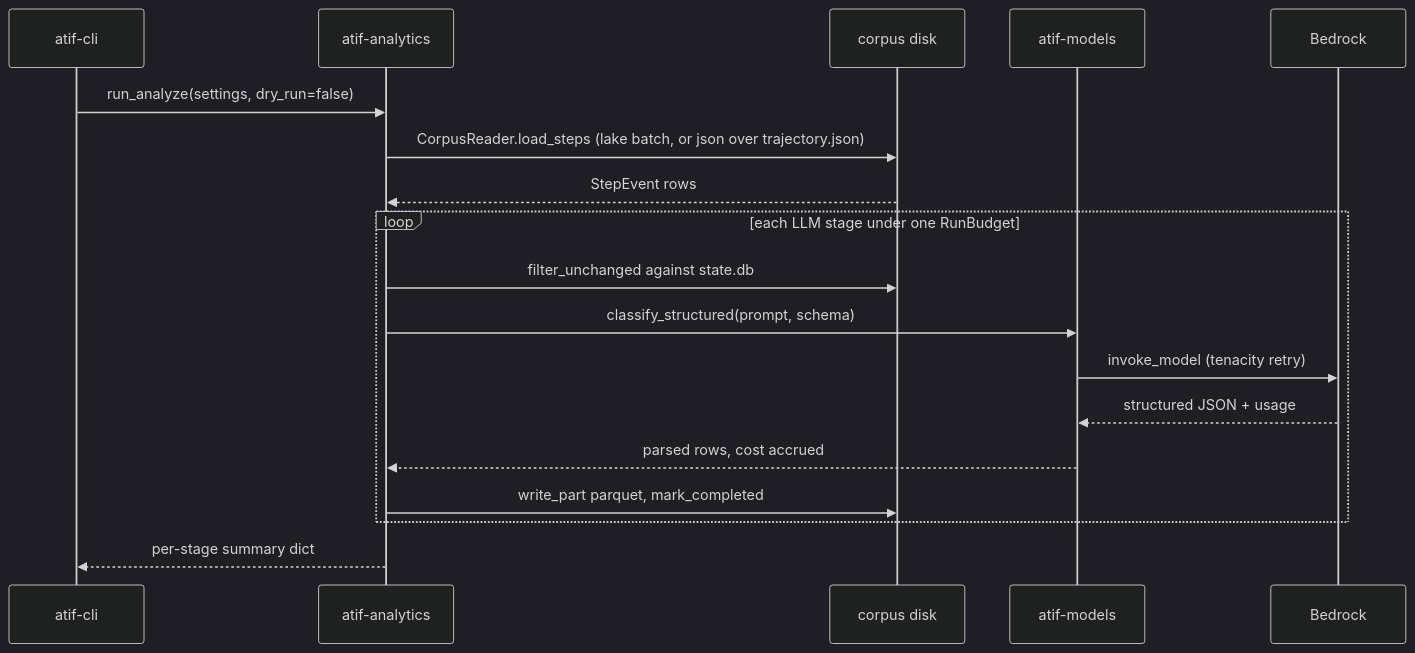
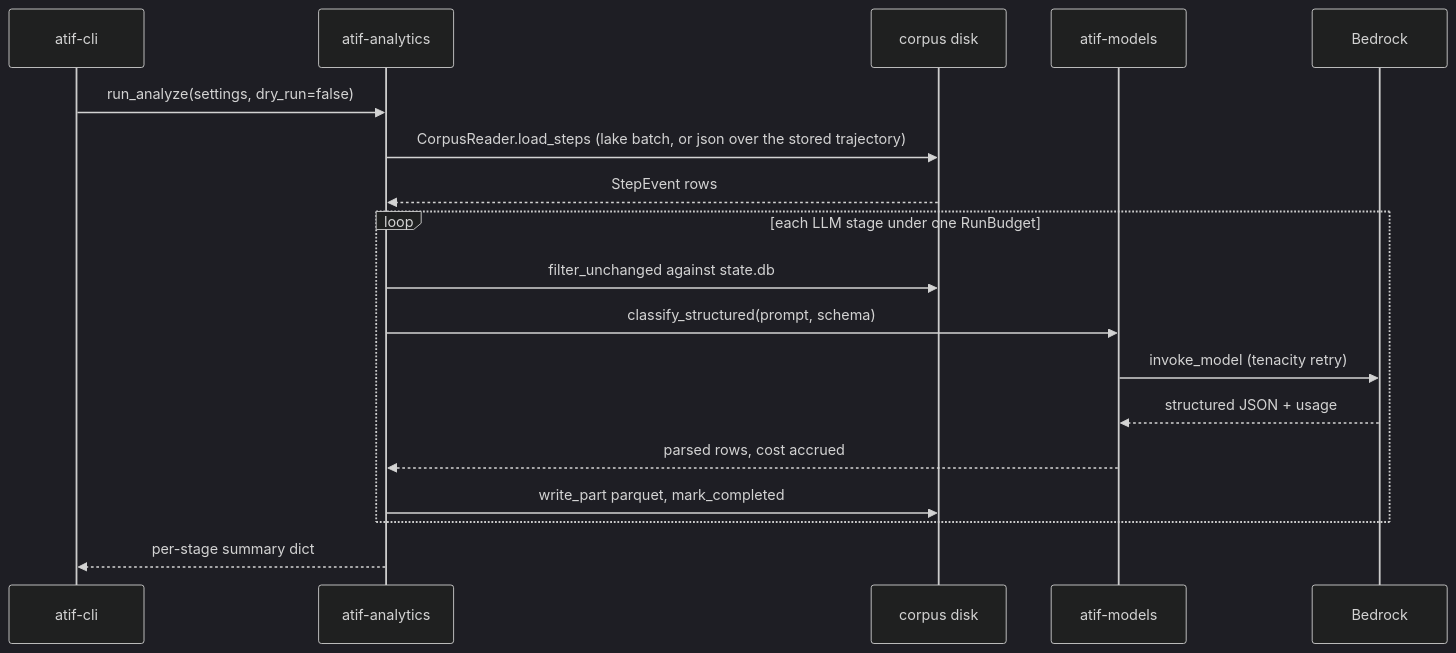
The third of 3 diagrams in docs/architecture/data-flow.md (laithalsaadoon/atif-sql), drawn with Mermaid (dark theme) before and after one commit. The commit also changed other lines of this file and 9 other files, not shown here.

Commit message:
docs: compressed session artifacts, the staged lake loader and corpus slim

````diff
--- a/docs/architecture/data-flow.md
+++ b/docs/architecture/data-flow.md
@@ -217,21 +224,21 @@
 ```mermaid
 sequenceDiagram
     participant CLI as atif-cli
     participant Ana as atif-analytics
     participant Disk as corpus disk
     participant Models as atif-models
     participant Bedrock as Bedrock
 
     CLI->>Ana: run_analyze(settings, dry_run=false)
-    Ana->>Disk: CorpusReader.load_steps (lake batch, or json over trajectory.json)
+    Ana->>Disk: CorpusReader.load_steps (lake batch, or json over the stored trajectory)
     Disk-->>Ana: StepEvent rows
     loop each LLM stage under one RunBudget
         Ana->>Disk: filter_unchanged against state.db
         Ana->>Models: classify_structured(prompt, schema)
         Models->>Bedrock: invoke_model (tenacity retry)
         Bedrock-->>Models: structured JSON + usage
         Models-->>Ana: parsed rows, cost accrued
         Ana->>Disk: write_part parquet, mark_completed
     end
     Ana-->>CLI: per-stage summary dict
 ```
````
